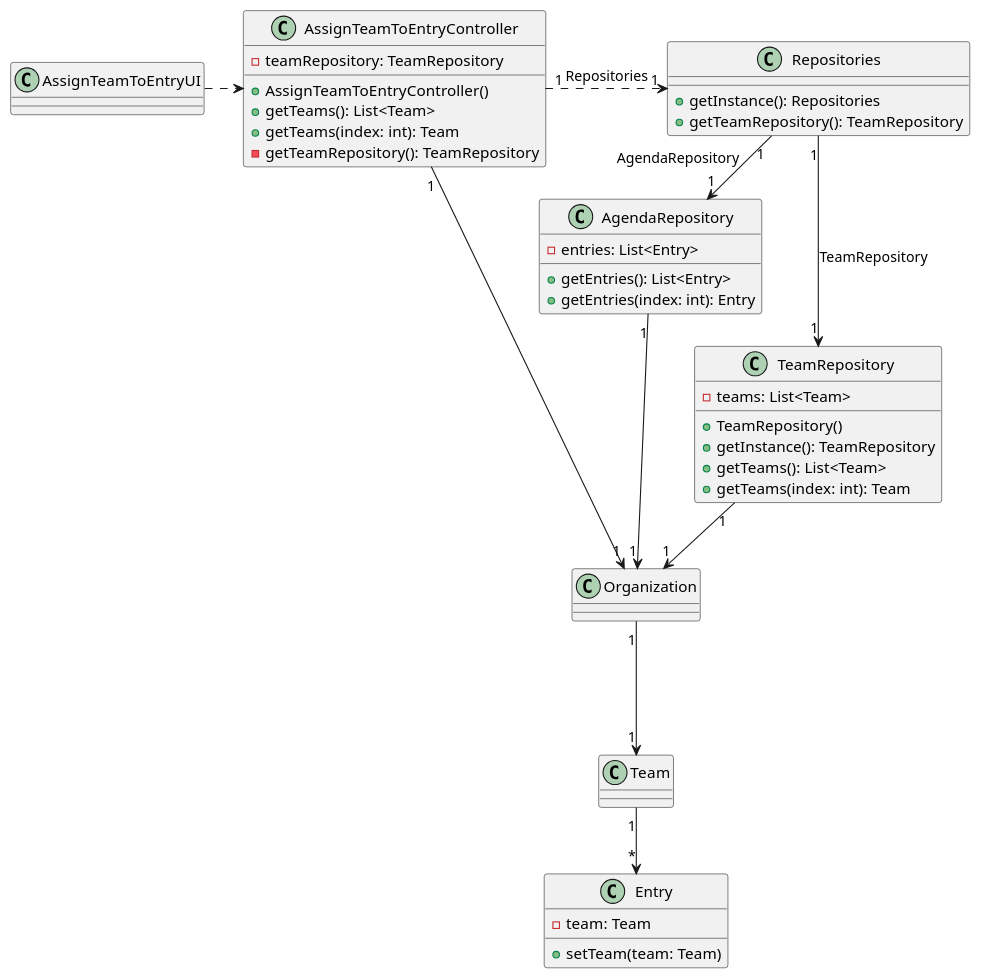
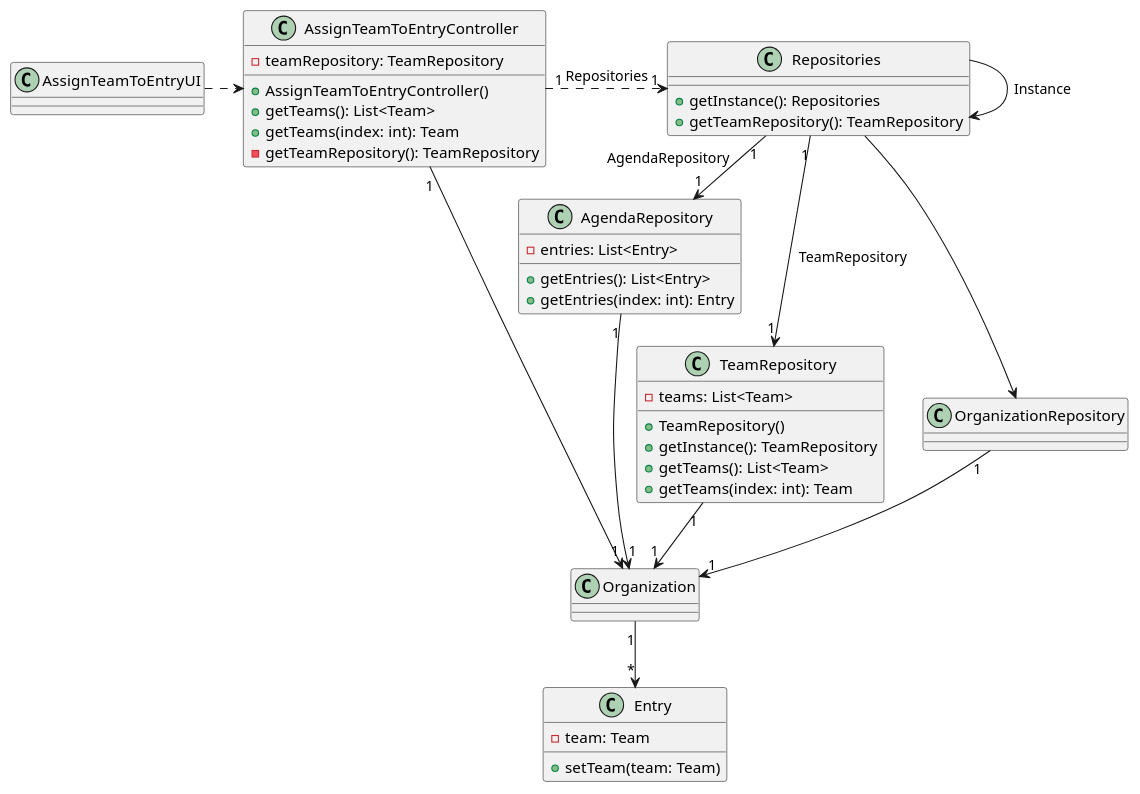
One commit to Departamento-de-Engenharia-Informatica/lei-24-s2-1df-1de-g063 changed the diagram in docs/SprintC/us23/03.design/puml/us023-class-diagram.puml. Above: the diagram before and after it, drawn with PlantUML. The commit also changed 13 other files, not shown here.

```diff
--- a/docs/SprintC/us23/03.design/puml/us023-class-diagram.puml
+++ b/docs/SprintC/us23/03.design/puml/us023-class-diagram.puml
@@ -1,53 +1,57 @@
 @startuml
 
 class AssignTeamToEntryController {
     -teamRepository: TeamRepository
     +AssignTeamToEntryController()
     +getTeams(): List<Team>
     +getTeams(index: int): Team
     -getTeamRepository(): TeamRepository
 }
 
 class AssignTeamToEntryUI {
 
 }
 
 
 class TeamRepository {
     -teams: List<Team>
     +TeamRepository()
     +getInstance(): TeamRepository
     +getTeams(): List<Team>
     +getTeams(index: int): Team
 }
 
 class Repositories {
     +getInstance(): Repositories
     +getTeamRepository(): TeamRepository
 }
 
 class AgendaRepository {
     -entries: List<Entry>
     +getEntries(): List<Entry>
     +getEntries(index: int): Entry
 }
 
 class Entry {
     -team: Team
     +setTeam(team: Team)
 }
 class Organization {
 }
+class OrganizationRepository{
+}
 
 AssignTeamToEntryController "1" .> "1" Repositories : Repositories
 AssignTeamToEntryUI .>  AssignTeamToEntryController
 Repositories "1" --> "1" TeamRepository : TeamRepository
 Repositories "1" -> "1" AgendaRepository : AgendaRepository
 TeamRepository "1" --> "1" Organization
+Repositories --> OrganizationRepository
+OrganizationRepository "1" --> "1" Organization
 AgendaRepository "1" --> "1" Organization
-Organization "1" ---> "1" Team
-Team "1" --> "*" Entry
+Repositories -> Repositories : Instance
+Organization "1" --> "*" Entry
 AssignTeamToEntryController "1" -> "1" Organization
 
 
 @enduml
```
